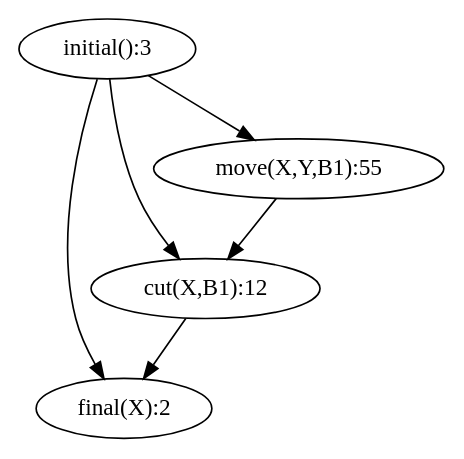
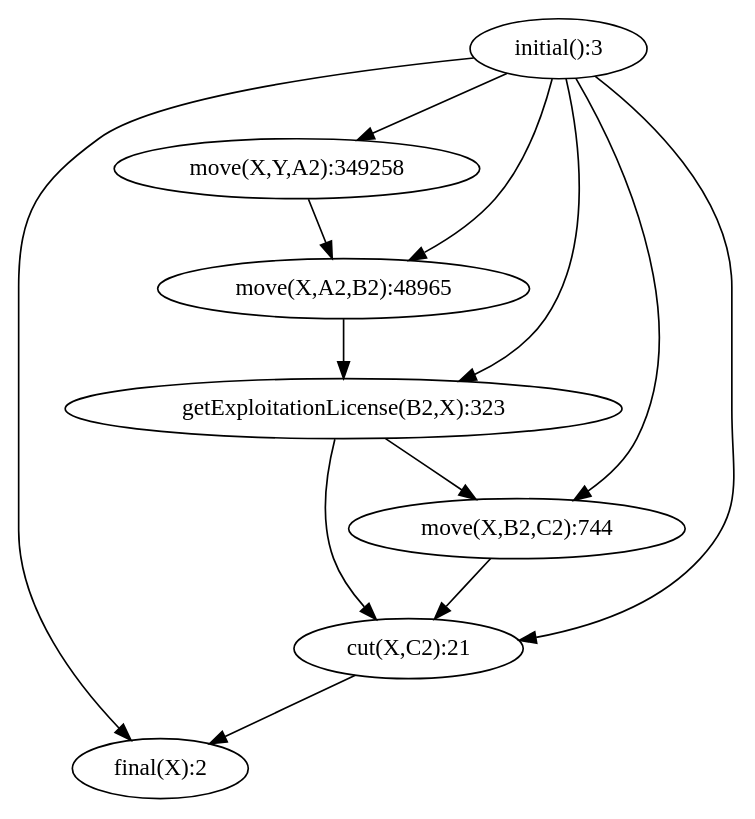
One commit to tokyramarozaka/mimosa-iriela-extension changed the diagram in output/overview.png.dot. Above: the diagram before and after it, drawn with Graphviz. The commit also changed 15 other files, not shown here.

```diff
--- a/output/overview.png.dot
+++ b/output/overview.png.dot
@@ -1,7 +1,14 @@
 digraph G { 
   "initial():3" -> "final(X):2";
-  "initial():3" -> "cut(X,B1):12";
-  "initial():3" -> "move(X,Y,B1):55";
-  "cut(X,B1):12" -> "final(X):2";
-  "move(X,Y,B1):55" -> "cut(X,B1):12";
+  "initial():3" -> "cut(X,C2):21";
+  "initial():3" -> "getExploitationLicense(B2,X):323";
+  "initial():3" -> "move(X,B2,C2):744";
+  "initial():3" -> "move(X,A2,B2):48965";
+  "initial():3" -> "move(X,Y,A2):349258";
+  "cut(X,C2):21" -> "final(X):2";
+  "getExploitationLicense(B2,X):323" -> "cut(X,C2):21";
+  "getExploitationLicense(B2,X):323" -> "move(X,B2,C2):744";
+  "move(X,B2,C2):744" -> "cut(X,C2):21";
+  "move(X,A2,B2):48965" -> "getExploitationLicense(B2,X):323";
+  "move(X,Y,A2):349258" -> "move(X,A2,B2):48965";
 }
```
